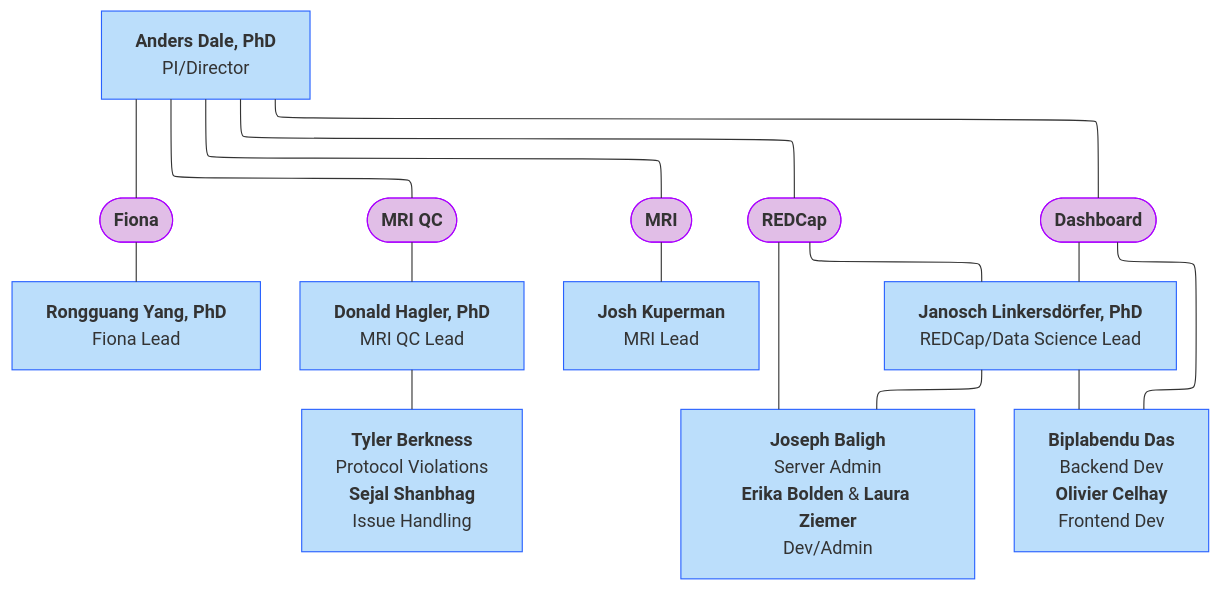
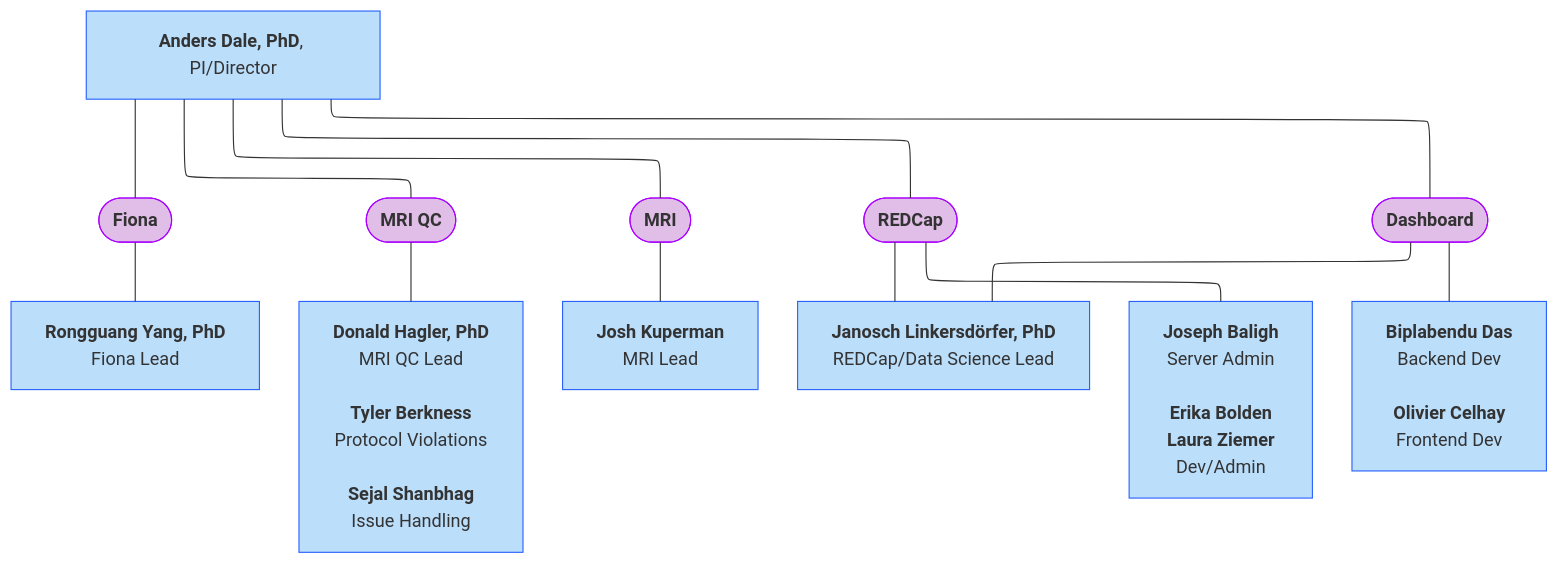
Before and after one commit to DCAN-Labs/hbcd-docs-internal: the seventh of 9 diagrams in docs/orgcharts.md, drawn with Mermaid.

Commit message:
update and simplify JCVI

````diff
--- a/docs/orgcharts.md
+++ b/docs/orgcharts.md
@@ -369,30 +369,26 @@
 ```mermaid
 ---
 config:
   layout: elk
 ---
 flowchart TB
-    A["<b>Anders Dale, PhD</b><br>PI/Director"] --- n1(["<b>Fiona</b>"]) & n2(["<b>MRI QC</b>"]) & n3(["<b>MRI</b>"]) & n6(["<b>REDCap</b>"]) & n15(["<b>Dashboard</b>"])
+    A["<b>Anders Dale, PhD</b>, PI/Director"] --- n1(["<b>Fiona</b>"]) & n2(["<b>MRI QC</b>"]) & n3(["<b>MRI</b>"]) & n6(["<b>REDCap</b>"]) & n15(["<b>Dashboard</b>"])
     n1 --- n8["<b>Rongguang Yang, PhD</b><br>Fiona Lead"]
-    n2 --- n9["<b>Donald Hagler, PhD</b><br>MRI QC Lead<br>"]
+    n2 --- n9["<b>Donald Hagler, PhD</b><br>MRI QC Lead<br><br><b>Tyler Berkness</b><br>Protocol Violations<br><br><b>Sejal Shanbhag</b><br>Issue Handling"]
     n3 --- n10["<b>Josh Kuperman</b><br>MRI Lead"]
     n6 --- n4["<b>Janosch Linkersdörfer, PhD</b><br>REDCap/Data Science Lead"]
-    n9 --- n13["<b>Tyler Berkness</b><br>Protocol Violations<br><b>Sejal Shanbhag</b><br>Issue Handling"]
-    n15 --- n4
-    n4 --- n12["<b>Joseph Baligh</b><br>Server Admin<br><b>Erika Bolden</b> &amp; <b>Laura Ziemer</b><br>Dev/Admin"] & n17["<b>Biplabendu Das</b><br>Backend Dev<br><b>Olivier Celhay</b><br>Frontend Dev"]
-    n15 --- n17
-    n6 --- n12
+    n6 --- n12["<b>Joseph Baligh</b><br>Server Admin<br><br><b>Erika Bolden<br>Laura Ziemer</b><br>Dev/Admin"]
+    n15 --- n4 & n17["<b>Biplabendu Das</b><br>Backend Dev<br><br><b>Olivier Celhay</b><br>Frontend Dev"]
     style A fill:#BBDEFB,stroke:#2962FF
     style n1 fill:#E1BEE7,stroke:#AA00FF
     style n2 fill:#E1BEE7,stroke:#AA00FF
     style n3 fill:#E1BEE7,stroke:#AA00FF
     style n6 fill:#E1BEE7,stroke:#AA00FF
     style n15 fill:#E1BEE7,stroke:#AA00FF
     style n8 fill:#BBDEFB,stroke:#2962FF
     style n9 fill:#BBDEFB,stroke:#2962FF
     style n10 fill:#BBDEFB,stroke:#2962FF
     style n4 fill:#BBDEFB,stroke:#2962FF
-    style n13 fill:#BBDEFB,stroke:#2962FF
     style n12 fill:#BBDEFB,stroke:#2962FF
     style n17 fill:#BBDEFB,stroke:#2962FF
 ```
````
